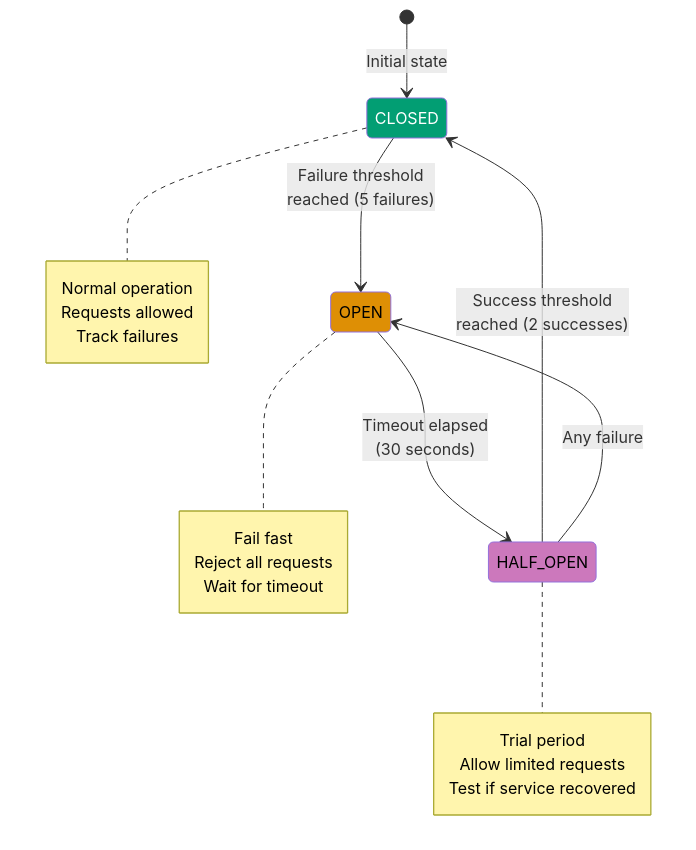
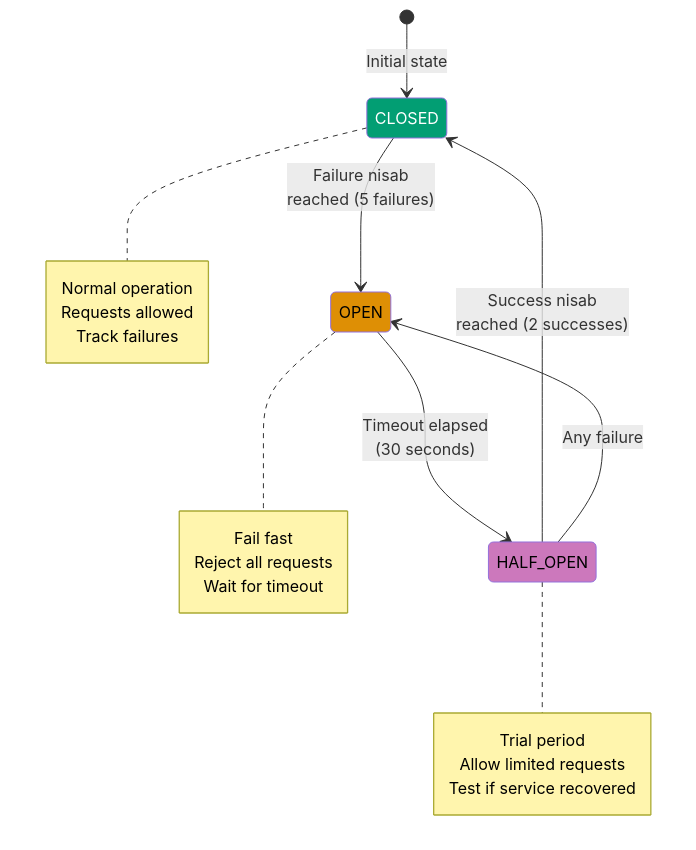
The seventh of 7 diagrams in docs/explanation/software/stack-lang/java/ex-so-stla-ja__error-handling.md (wahidyankf/open-sharia-enterprise), drawn with Mermaid before and after one commit. The commit also changed other lines of this file and 81 other files, not shown here.

````diff
--- a/docs/explanation/software/stack-lang/java/ex-so-stla-ja__error-handling.md
+++ b/docs/explanation/software/stack-lang/java/ex-so-stla-ja__error-handling.md
@@ -2311,30 +2310,30 @@
 ```mermaid
 stateDiagram-v2
     [*] --> CLOSED: Initial state
-    CLOSED --> OPEN: Failure threshold<br/>reached (5 failures)
+    CLOSED --> OPEN: Failure nisab<br/>reached (5 failures)
     OPEN --> HALF_OPEN: Timeout elapsed<br/>(30 seconds)
-    HALF_OPEN --> CLOSED: Success threshold<br/>reached (2 successes)
+    HALF_OPEN --> CLOSED: Success nisab<br/>reached (2 successes)
     HALF_OPEN --> OPEN: Any failure
 
     note right of CLOSED
         Normal operation
         Requests allowed
         Track failures
     end note
 
     note right of OPEN
         Fail fast
         Reject all requests
         Wait for timeout
     end note
 
     note right of HALF_OPEN
         Trial period
         Allow limited requests
         Test if service recovered
     end note
 
     style CLOSED fill:#029E73,color:#fff
     style OPEN fill:#DE8F05,color:#000
     style HALF_OPEN fill:#CC78BC,color:#000
 ```
````
